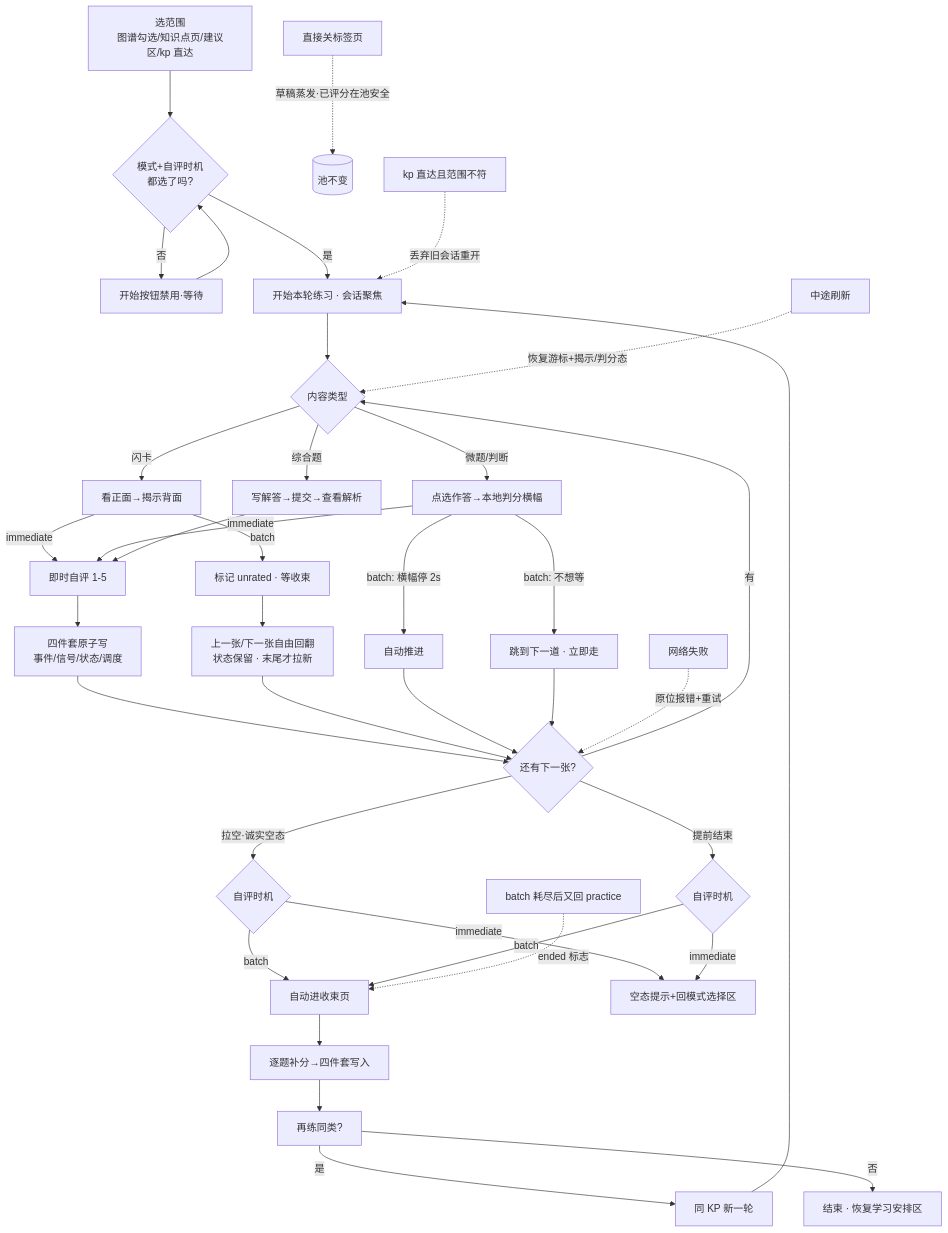
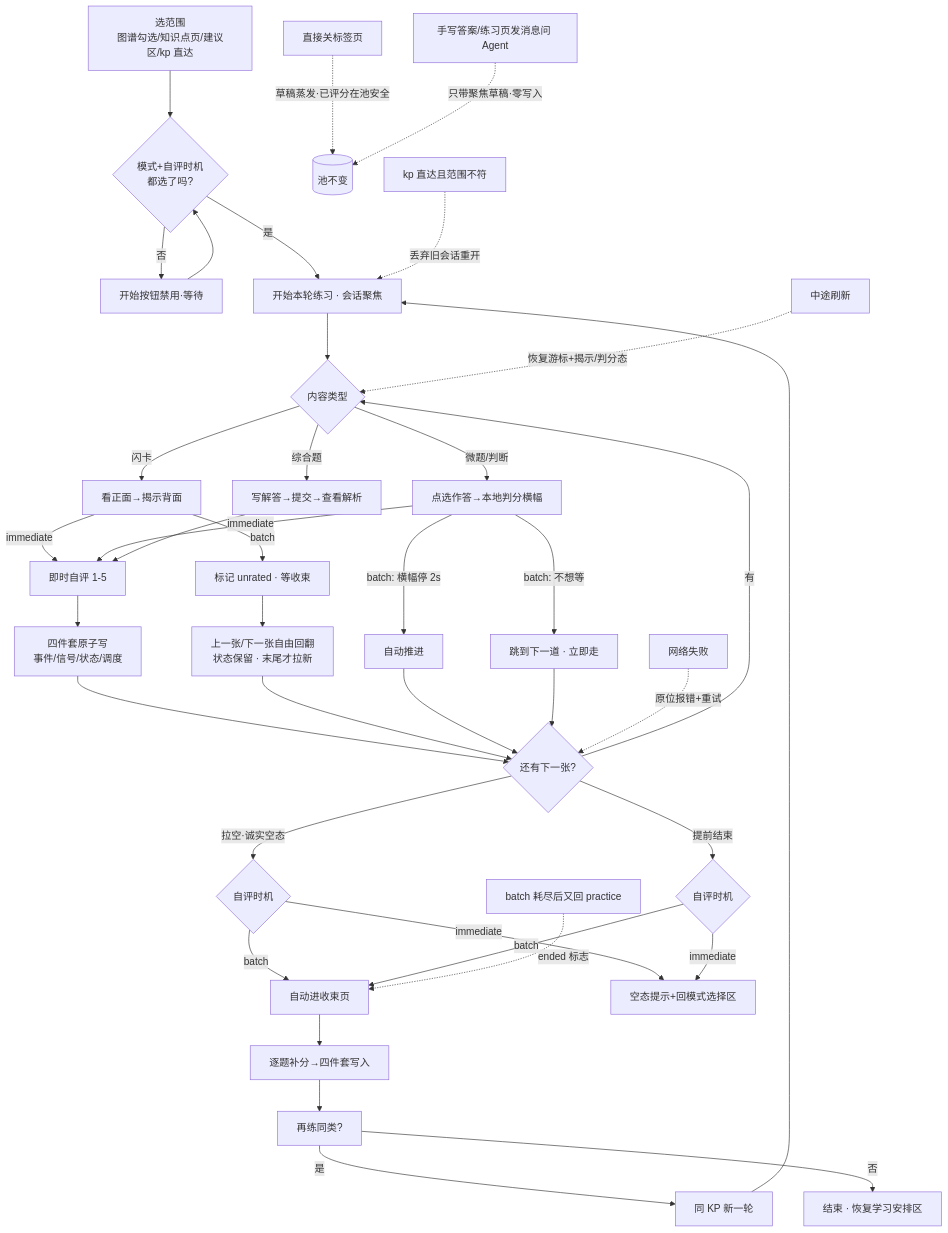
The first of 6 diagrams in docs/action-graph/L4-workflows.md (Amazinnn/Lesson-Kit), drawn with Mermaid before and after one commit. The commit also changed other lines of this file and 101 other files, not shown here.

````diff
--- a/docs/action-graph/L4-workflows.md
+++ b/docs/action-graph/L4-workflows.md
@@ -8,36 +8,37 @@
 ```mermaid
 flowchart TD
   A[选范围<br/>图谱勾选/知识点页/建议区/kp 直达] --> B{模式+自评时机<br/>都选了吗?}
   B -- 否 --> B1[开始按钮禁用·等待] --> B
   B -- 是 --> C[开始本轮练习 · 会话聚焦]
   C --> D{内容类型}
   D -- 闪卡 --> E[看正面→揭示背面]
   D -- 微题/判断 --> F[点选作答→本地判分横幅]
   D -- 综合题 --> G[写解答→提交→查看解析]
   E -- immediate --> H[即时自评 1-5]
   E -- batch --> I[标记 unrated · 等收束]
   F -- batch: 横幅停 2s --> J[自动推进]
   F -- batch: 不想等 --> K[跳到下一道 · 立即走]
   F -- immediate --> H
   G --> H
   H --> L[四件套原子写<br/>事件/信号/状态/调度] --> M{还有下一张?}
   I --> N[上一张/下一张自由回翻<br/>状态保留 · 末尾才拉新]
   N --> M
   J --> M
   K --> M
   M -- 有 --> D
   M -- 拉空·诚实空态 --> O{自评时机}
   O -- batch --> P[自动进收束页]
   O -- immediate --> Q[空态提示+回模式选择区]
   M -- 提前结束 --> O2{自评时机}
   O2 -- batch --> P
   O2 -- immediate --> Q
   P --> R[逐题补分→四件套写入] --> S[再练同类?]
   S -- 是 --> C2[同 KP 新一轮] --> C
   S -- 否 --> T[结束 · 恢复学习安排区]
   X1[中途刷新] -.恢复游标+揭示/判分态.-> D
   X2[直接关标签页] -.草稿蒸发·已评分在池安全.-> Z[(池不变)]
   X3[batch 耗尽后又回 practice] -.ended 标志.-> P
   X4[网络失败] -.原位报错+重试.-> M
   X5[kp 直达且范围不符] -.丢弃旧会话重开.-> C
+  X6[手写答案/练习页发消息问 Agent] -.只带聚焦草稿·零写入.-> Z
 ```
````
